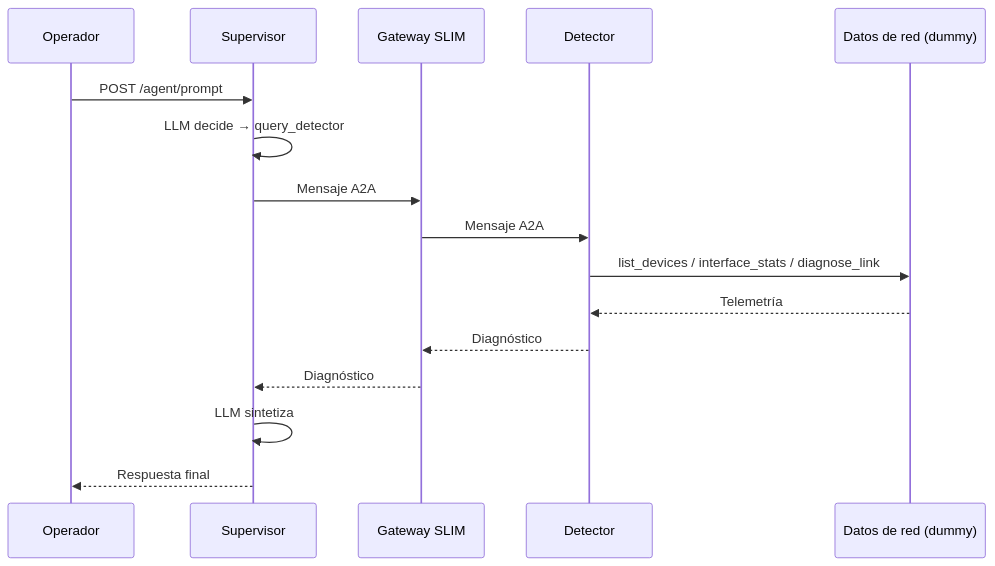
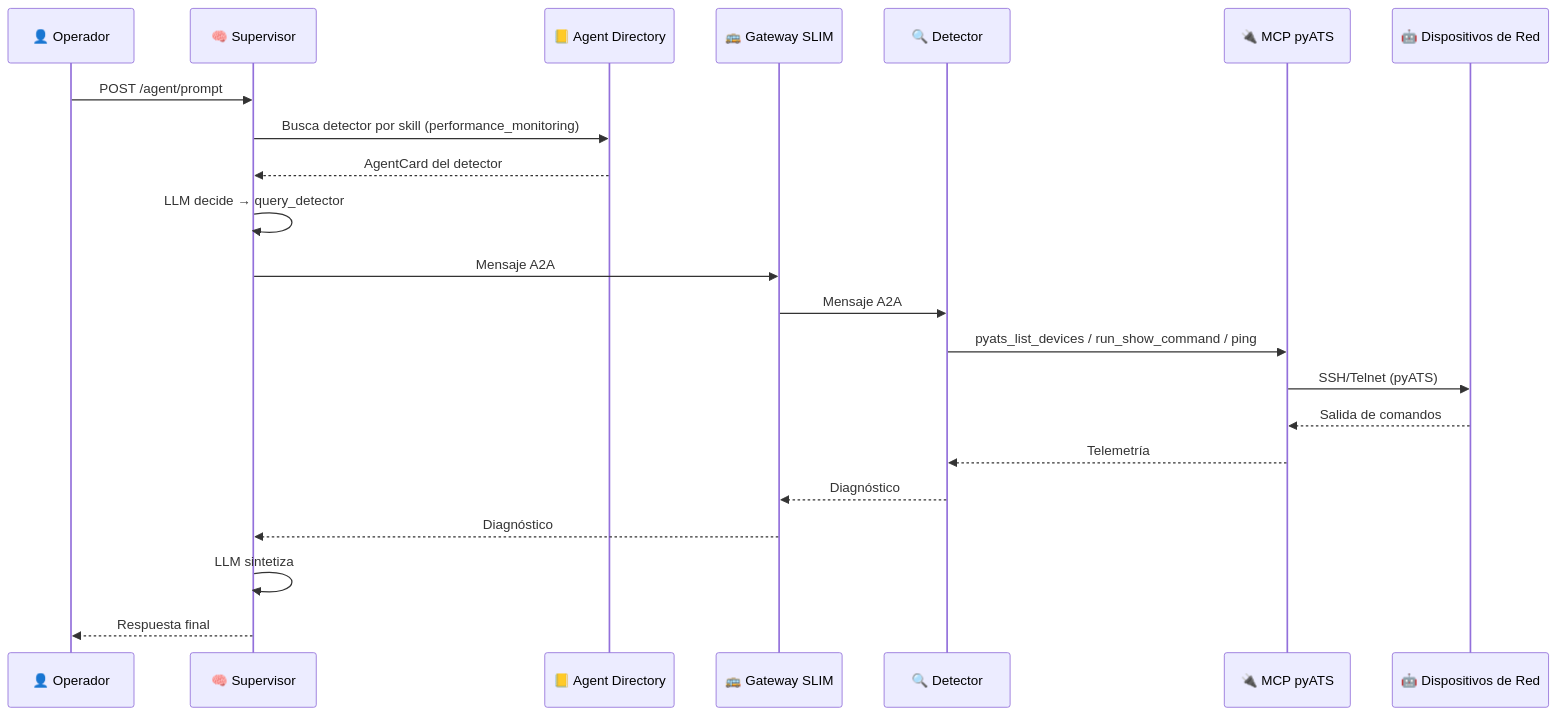
One commit to ponchotitlan/packet-panic-agntcy changed the second of 2 diagrams in README.md. Above: the diagram before and after it, drawn with Mermaid. The commit also changed other lines of this file and 14 other files, not shown here.

````diff
--- a/README.md
+++ b/README.md
@@ -68,19 +118,25 @@
 ```mermaid
 sequenceDiagram
-    participant OP as Operador
-    participant SUP as Supervisor
-    participant SLIM as Gateway SLIM
-    participant DET as Detector
-    participant NET as Datos de red (dummy)
+    participant OP as 👤 Operador
+    participant SUP as 🧠 Supervisor
+    participant DIR as 📒 Agent Directory
+    participant SLIM as 🚌 Gateway SLIM
+    participant DET as 🔍 Detector
+    participant MCP as 🔌 MCP pyATS
+    participant NET as 🤖 Dispositivos de Red
 
     OP->>SUP: POST /agent/prompt
+    SUP->>DIR: Busca detector por skill (performance_monitoring)
+    DIR-->>SUP: AgentCard del detector
     SUP->>SUP: LLM decide → query_detector
     SUP->>SLIM: Mensaje A2A
     SLIM->>DET: Mensaje A2A
-    DET->>NET: list_devices / interface_stats / diagnose_link
-    NET-->>DET: Telemetría
+    DET->>MCP: pyats_list_devices / run_show_command / ping
+    MCP->>NET: SSH/Telnet (pyATS)
+    NET-->>MCP: Salida de comandos
+    MCP-->>DET: Telemetría
     DET-->>SLIM: Diagnóstico
     SLIM-->>SUP: Diagnóstico
     SUP->>SUP: LLM sintetiza
     SUP-->>OP: Respuesta final
 ```
````
